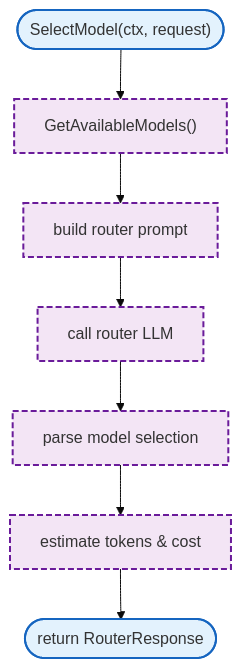
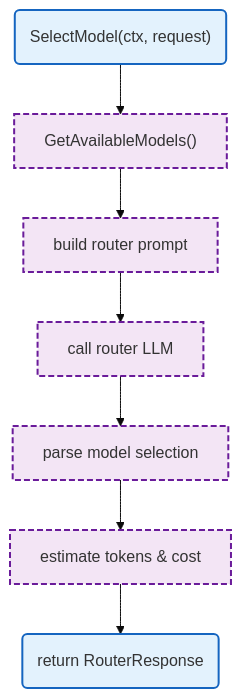
Before and after one commit to radch-ai/ava: the diagram in docs/internal/llm-proxy/router.md, drawn with Mermaid (base theme). The commit also changed 24 other files, not shown here.

First line of the commit message:
fix(docs): fix mermaid syntax errors in all diagrams

````diff
--- a/docs/internal/llm-proxy/router.md
+++ b/docs/internal/llm-proxy/router.md
@@ -7,15 +7,15 @@
 ```mermaid
 flowchart TB
-    Start(["SelectModel(ctx, request)"]) --> GetModels["GetAvailableModels()"]
+    Start("SelectModel(ctx, request)") --> GetModels["GetAvailableModels()"]
     GetModels --> BuildPrompt["build router prompt"]
     BuildPrompt --> CallLLM["call router LLM"]
     CallLLM --> Parse["parse model selection"]
     Parse --> Estimate["estimate tokens & cost"]
-    Estimate --> Response(["return RouterResponse"])
+    Estimate --> Response("return RouterResponse")
 
     classDef mainFn fill:#e3f2fd,stroke:#1565c0,stroke-width:2px
     classDef internalFn fill:#f3e5f5,stroke:#6a1b9a,stroke-width:2px,stroke-dasharray:6 3
 
     class Start,Response mainFn
     class GetModels,BuildPrompt,CallLLM,Parse,Estimate internalFn
 ```
````
